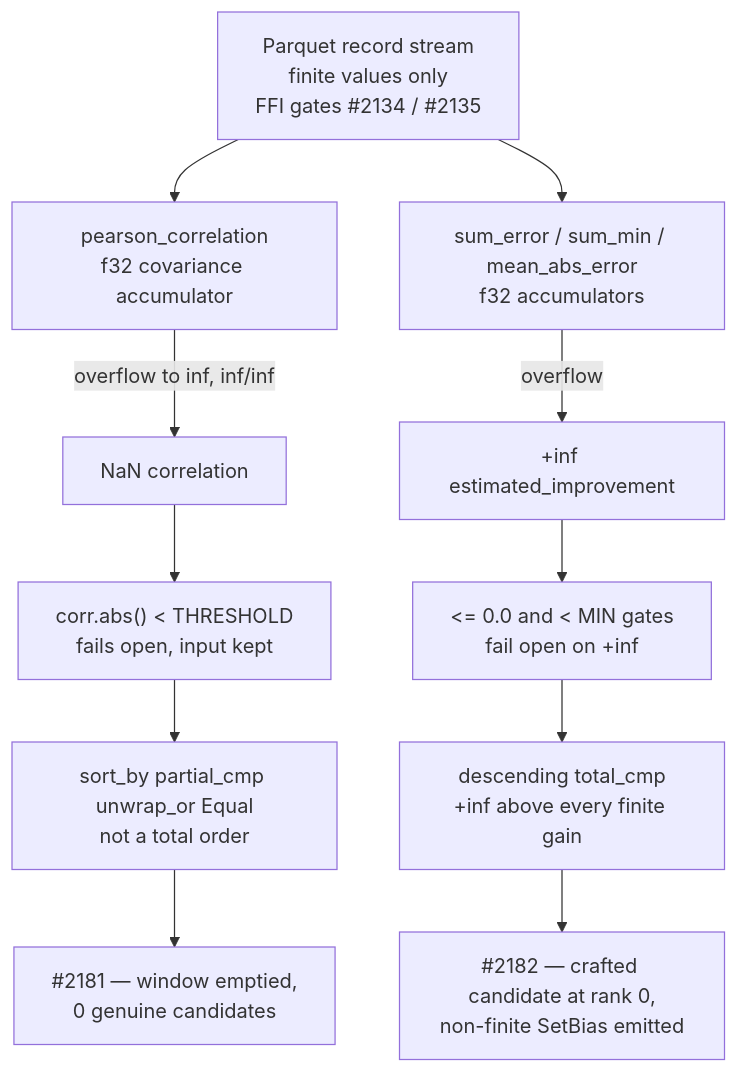
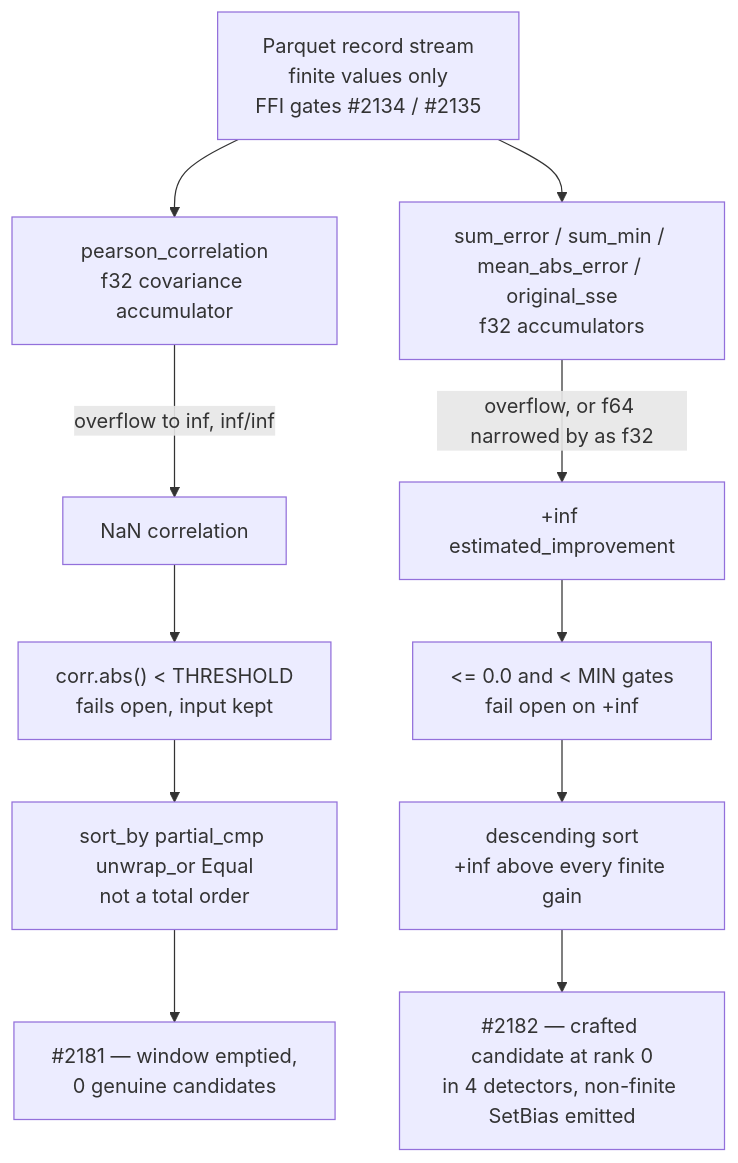
Before and after one commit to stSoftwareAU/NEAT-AI-Discovery: the diagram in docs/archive/pr-summaries/pr-summary-2108.md, drawn with Mermaid. The commit also changed other lines of this file, not shown here.

````diff
--- a/docs/archive/pr-summaries/pr-summary-2108.md
+++ b/docs/archive/pr-summaries/pr-summary-2108.md
@@ -76,13 +89,13 @@
 ```mermaid
 flowchart TD
     A["Parquet record stream<br/>finite values only<br/>FFI gates #2134 / #2135"] --> B["pearson_correlation<br/>f32 covariance accumulator"]
-    A --> C["sum_error / sum_min / mean_abs_error<br/>f32 accumulators"]
+    A --> C["sum_error / sum_min / mean_abs_error / original_sse<br/>f32 accumulators"]
     B -->|"overflow to inf, inf/inf"| D["NaN correlation"]
-    C -->|"overflow"| E["+inf estimated_improvement"]
+    C -->|"overflow, or f64 narrowed by as f32"| E["+inf estimated_improvement"]
     D --> F["corr.abs() &lt; THRESHOLD<br/>fails open, input kept"]
     F --> G["sort_by partial_cmp unwrap_or Equal<br/>not a total order"]
     G --> H["#2181 — window emptied,<br/>0 genuine candidates"]
     E --> I["&lt;= 0.0 and &lt; MIN gates<br/>fail open on +inf"]
-    I --> J["descending total_cmp<br/>+inf above every finite gain"]
-    J --> K["#2182 — crafted candidate at rank 0,<br/>non-finite SetBias emitted"]
+    I --> J["descending sort<br/>+inf above every finite gain"]
+    J --> K["#2182 — crafted candidate at rank 0<br/>in 4 detectors, non-finite SetBias emitted"]
 ```
````
